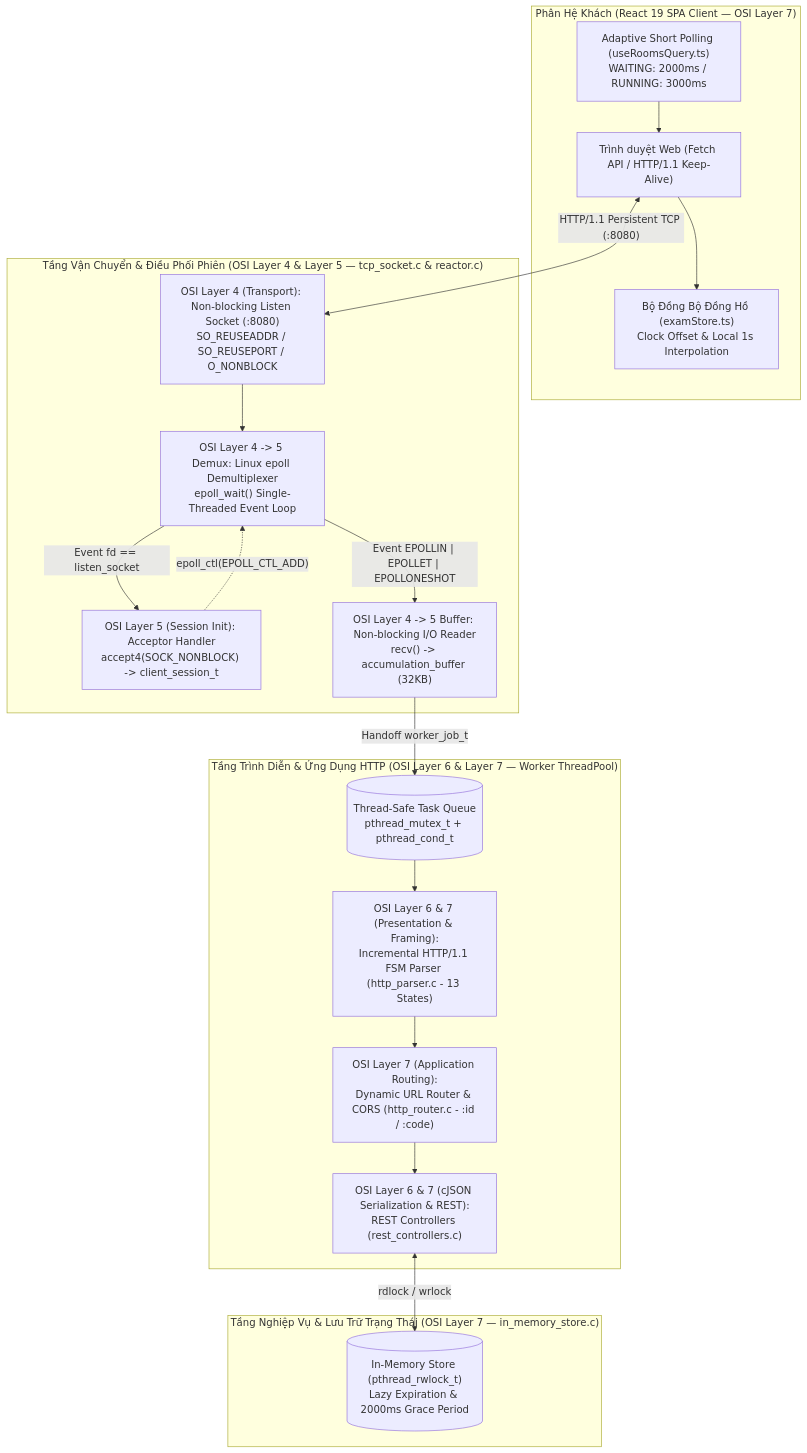
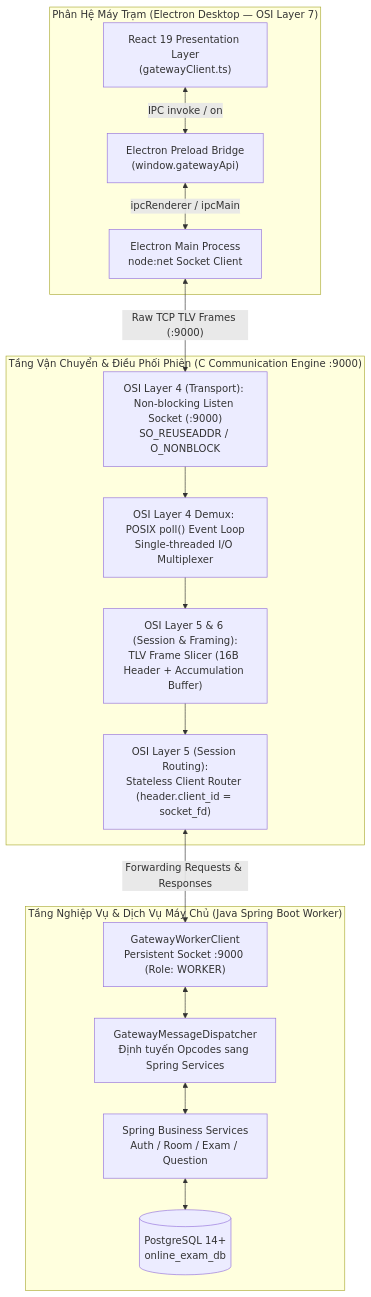
Before and after one commit to lethanhan01/mooc-clone: the diagram in server/docs/realtime-network-subsystem.md, drawn with Mermaid. The commit also changed other lines of this file and 65 other files, not shown here.

````diff
--- a/server/docs/realtime-network-subsystem.md
+++ b/server/docs/realtime-network-subsystem.md
@@ -14,40 +14,33 @@
 ```mermaid
 flowchart TD
-    subgraph ClientLayer["Phân Hệ Khách (React 19 SPA Client — OSI Layer 7)"]
-        Browser["Trình duyệt Web (Fetch API / HTTP/1.1 Keep-Alive)"]
-        PollingEngine["Adaptive Short Polling (useRoomsQuery.ts)<br/>WAITING: 2000ms / RUNNING: 3000ms"]
-        ClockSync["Bộ Đồng Bộ Đồng Hồ (examStore.ts)<br/>Clock Offset & Local 1s Interpolation"]
+    subgraph DesktopLayer["Phân Hệ Máy Trạm (Electron Desktop — OSI Layer 7)"]
+        UI["React 19 Presentation Layer<br/>(gatewayClient.ts)"]
+        Preload["Electron Preload Bridge<br/>(window.gatewayApi)"]
+        NetClient["Electron Main Process<br/>node:net Socket Client"]
+        UI <-->|IPC invoke / on| Preload
+        Preload <-->|ipcRenderer / ipcMain| NetClient
     end
 
-    subgraph ReactorLayer["Tầng Vận Chuyển & Điều Phối Phiên (OSI Layer 4 & Layer 5 — tcp_socket.c & reactor.c)"]
-        ListenSock["OSI Layer 4 (Transport): Non-blocking Listen Socket (:8080)<br/>SO_REUSEADDR / SO_REUSEPORT / O_NONBLOCK"]
-        EpollDemux["OSI Layer 4 -> 5 Demux: Linux epoll Demultiplexer<br/>epoll_wait() Single-Threaded Event Loop"]
-        Acceptor["OSI Layer 5 (Session Init): Acceptor Handler<br/>accept4(SOCK_NONBLOCK) -> client_session_t"]
-        IOReader["OSI Layer 4 -> 5 Buffer: Non-blocking I/O Reader<br/>recv() -> accumulation_buffer (32KB)"]
+    subgraph GatewayLayer["Tầng Vận Chuyển & Điều Phối Phiên (C Communication Engine :9000)"]
+        ListenSock["OSI Layer 4 (Transport): Non-blocking Listen Socket (:9000)<br/>SO_REUSEADDR / O_NONBLOCK"]
+        PollDemux["OSI Layer 4 Demux: POSIX poll() Event Loop<br/>Single-threaded I/O Multiplexer"]
+        Framer["OSI Layer 5 & 6 (Session & Framing):<br/>TLV Frame Slicer (16B Header + Accumulation Buffer)"]
+        Router["OSI Layer 5 (Session Routing):<br/>Stateless Client Router (header.client_id = socket_fd)"]
     end
 
-    subgraph WorkerLayer["Tầng Trình Diễn & Ứng Dụng HTTP (OSI Layer 6 & Layer 7 — Worker ThreadPool)"]
-        TaskQueue[("Thread-Safe Task Queue<br/>pthread_mutex_t + pthread_cond_t")]
-        FsmParser["OSI Layer 6 & 7 (Presentation & Framing):<br/>Incremental HTTP/1.1 FSM Parser (http_parser.c - 13 States)"]
-        HttpRouter["OSI Layer 7 (Application Routing):<br/>Dynamic URL Router & CORS (http_router.c - :id / :code)"]
-        Controllers["OSI Layer 6 & 7 (cJSON Serialization & REST):<br/>REST Controllers (rest_controllers.c)"]
+    subgraph BackendLayer["Tầng Nghiệp Vụ & Dịch Vụ Máy Chủ (Java Spring Boot Worker)"]
+        JavaWorker["GatewayWorkerClient<br/>Persistent Socket :9000 (Role: WORKER)"]
+        Dispatcher["GatewayMessageDispatcher<br/>Định tuyến Opcodes sang Spring Services"]
+        Services["Spring Business Services<br/>Auth / Room / Exam / Question"]
+        Postgres[("PostgreSQL 14+<br/>online_exam_db")]
     end
 
-    subgraph StorageLayer["Tầng Nghiệp Vụ & Lưu Trữ Trạng Thái (OSI Layer 7 — in_memory_store.c)"]
-        RwStore[("In-Memory Store (pthread_rwlock_t)<br/>Lazy Expiration & 2000ms Grace Period")]
-    end
-
-    Browser <-->|"HTTP/1.1 Persistent TCP (:8080)"| ListenSock
-    PollingEngine --> Browser
-    Browser --> ClockSync
-
-    ListenSock --> EpollDemux
-    EpollDemux -->|"Event fd == listen_socket"| Acceptor
-    EpollDemux -->|"Event EPOLLIN | EPOLLET | EPOLLONESHOT"| IOReader
-    Acceptor -.->|"epoll_ctl(EPOLL_CTL_ADD)"| EpollDemux
-    IOReader -->|"Handoff worker_job_t"| TaskQueue
-    TaskQueue --> FsmParser
-    FsmParser --> HttpRouter
-    HttpRouter --> Controllers
-    Controllers <-->|"rdlock / wrlock"| RwStore
+    NetClient <-->|"Raw TCP TLV Frames (:9000)"| ListenSock
+    ListenSock --> PollDemux
+    PollDemux --> Framer
+    Framer --> Router
+    Router <-->|"Forwarding Requests & Responses"| JavaWorker
+    JavaWorker <--> Dispatcher
+    Dispatcher <--> Services
+    Services <--> Postgres
 ```
````
